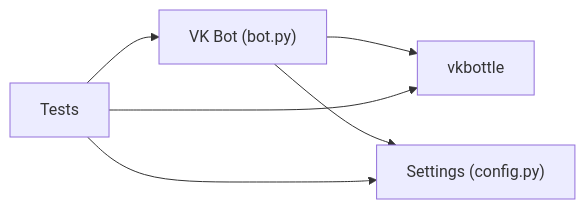
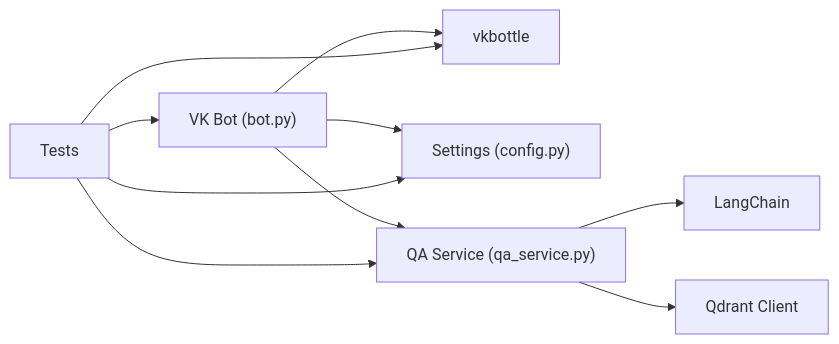
One commit to ognelis/cafetera_hr_bot changed the tenth of 10 diagrams in .qoder/repowiki/en/content/VK Integration/VK Integration.md. Above: the diagram before and after it, drawn with Mermaid. The commit also changed other lines of this file and 8 other files, not shown here.

````diff
--- a/.qoder/repowiki/en/content/VK Integration/VK Integration.md
+++ b/.qoder/repowiki/en/content/VK Integration/VK Integration.md
@@ -296,8 +451,12 @@
 ```mermaid
 graph LR
 VKBot["VK Bot (bot.py)"] --> VKFw["vkbottle"]
 VKBot --> Cfg["Settings (config.py)"]
+VKBot --> QA["QA Service (qa_service.py)"]
+QA --> LangChain["LangChain"]
+QA --> Qdrant["Qdrant Client"]
 Tests["Tests"] --> VKBot
+Tests --> QA
 Tests --> VKFw
 Tests --> Cfg
 ```
````
